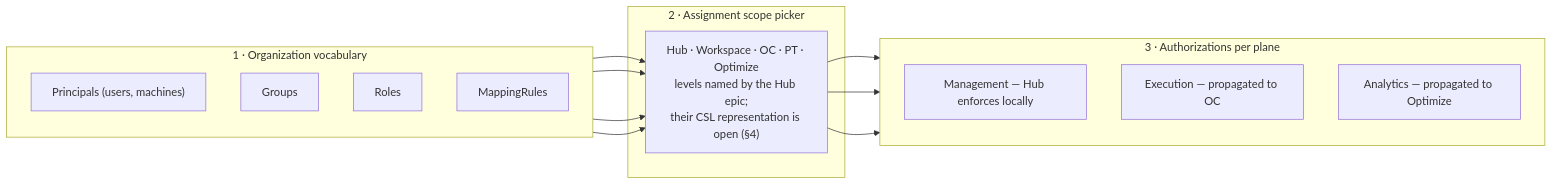
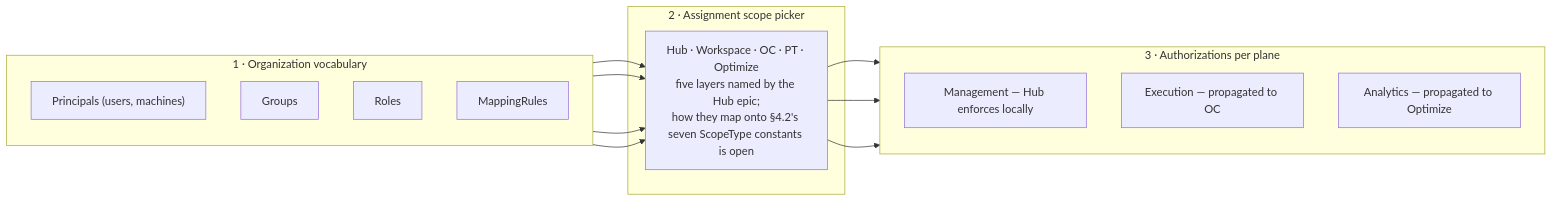
One commit to camunda/camunda-security-library changed the diagram in docs/vision/unified-policy-model.md. Above: the diagram before and after it, drawn with Mermaid. The commit also changed other lines of this file, not shown here.

First line of the commit message:
docs(vision): narrow §3.4's openness claim to match the settled scope pair

````diff
--- a/docs/vision/unified-policy-model.md
+++ b/docs/vision/unified-policy-model.md
@@ -145,24 +145,24 @@
 ```mermaid
 flowchart LR
   subgraph L1["1 · Organization vocabulary"]
     direction TB
     P["Principals (users, machines)"]
     G["Groups"]
     R["Roles"]
     M["MappingRules"]
   end
 
   subgraph L2["2 · Assignment scope picker"]
-    S["Hub · Workspace · OC · PT · Optimize<br/>levels named by the Hub epic;<br/>their CSL representation is open (§4)"]
+    S["Hub · Workspace · OC · PT · Optimize<br/>five layers named by the Hub epic;<br/>how they map onto §4.2's seven ScopeType constants is open"]
   end
 
   subgraph L3["3 · Authorizations per plane"]
     direction TB
     MG["Management — Hub enforces locally"]
     EX["Execution — propagated to OC"]
     AN["Analytics — propagated to Optimize"]
   end
 
   P & G & R & M --> S
   S --> MG & EX & AN
 ```
````
